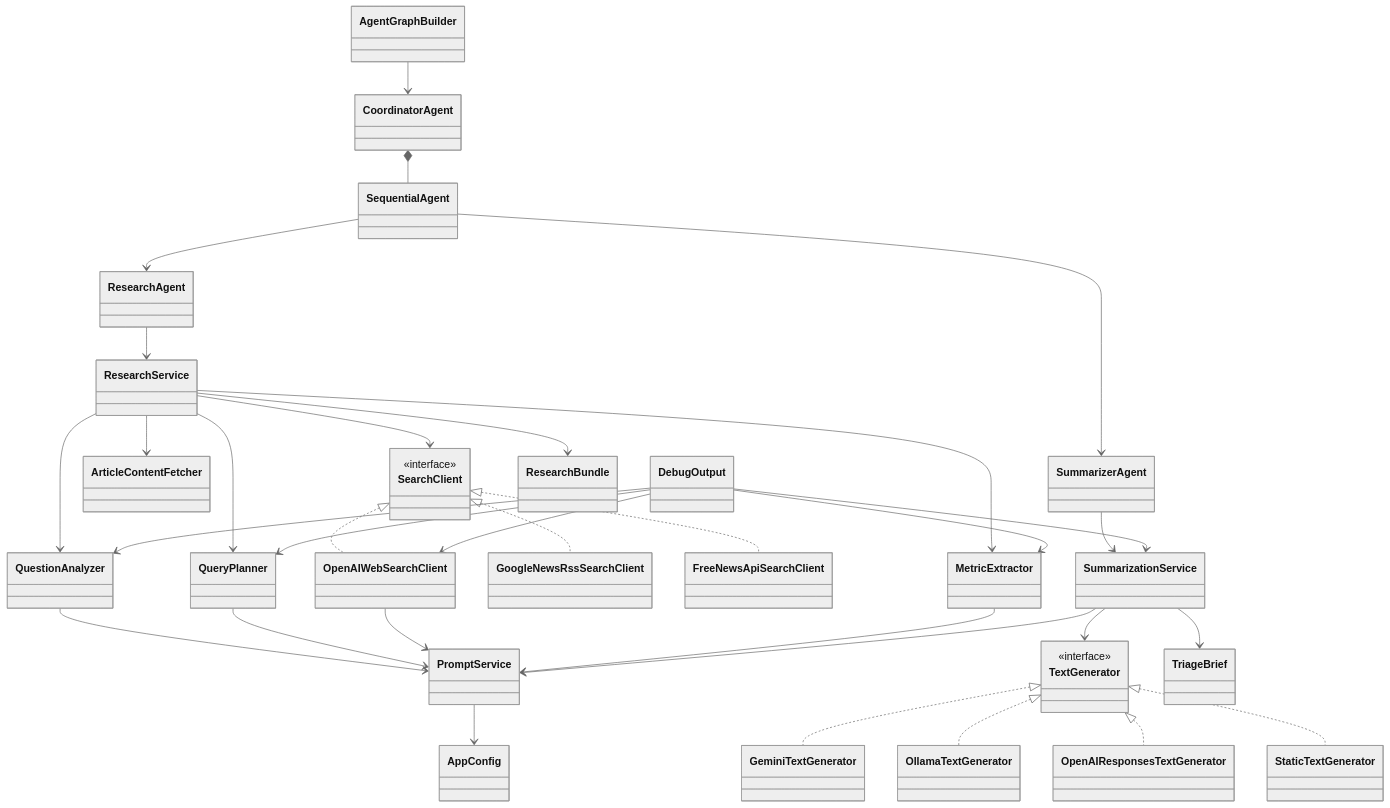
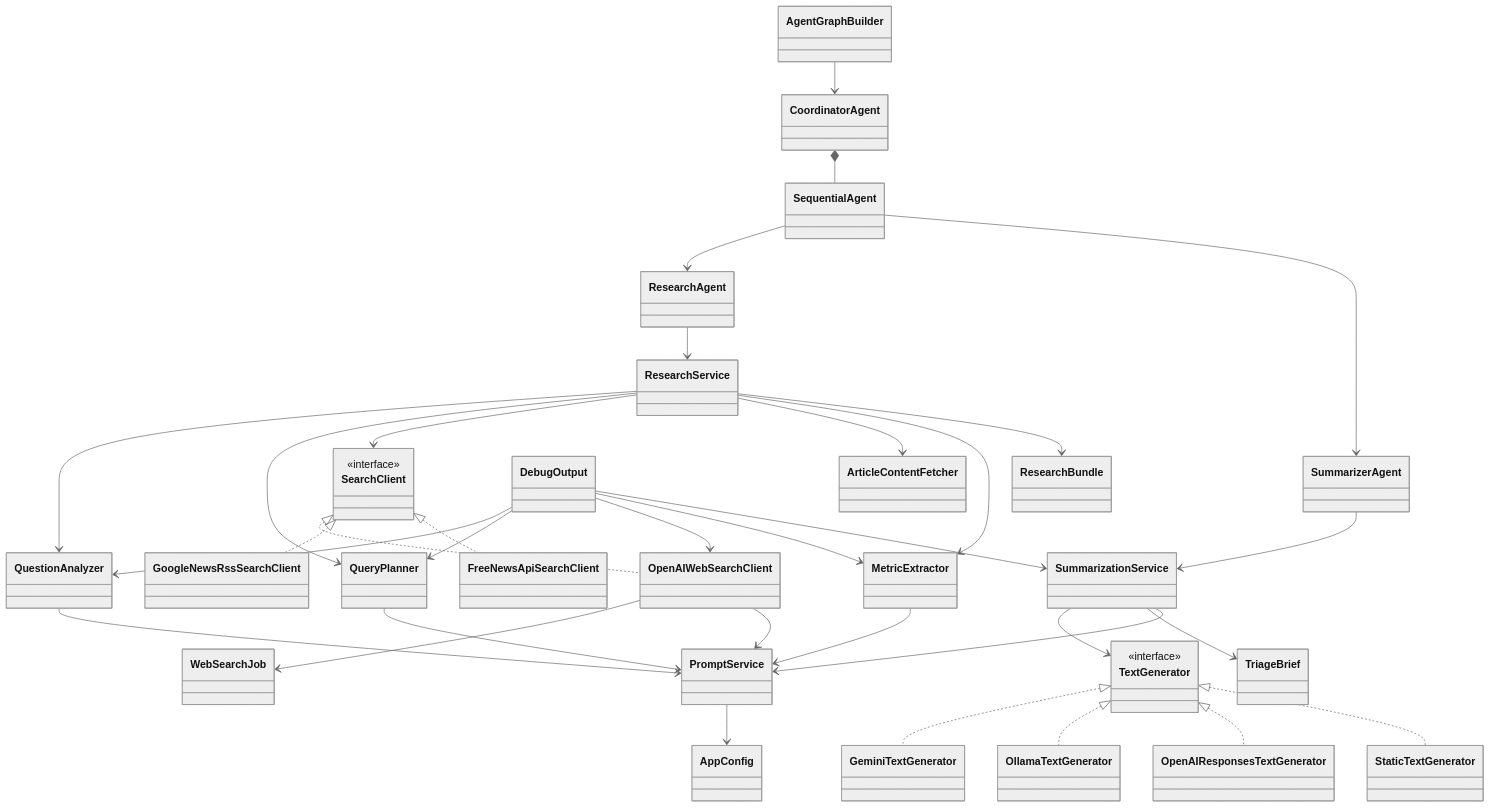
Before and after one commit to mouak-ayoub/news_agent: the third of 5 diagrams in docs/ARCHITECTURE.md, drawn with Mermaid (neutral theme). The commit also changed other lines of this file and 16 other files, not shown here.

````diff
--- a/docs/ARCHITECTURE.md
+++ b/docs/ARCHITECTURE.md
@@ -80,68 +82,70 @@
 ```mermaid
 classDiagram
     class AppConfig
     class AgentGraphBuilder
     class CoordinatorAgent
     class SequentialAgent
     class ResearchAgent
     class ResearchService
     class QuestionAnalyzer
     class QueryPlanner
     class SearchClient {
       <<interface>>
     }
     class OpenAIWebSearchClient
+    class WebSearchJob
     class GoogleNewsRssSearchClient
     class FreeNewsApiSearchClient
     class ArticleContentFetcher
     class MetricExtractor
     class SummarizerAgent
     class SummarizationService
     class TextGenerator {
       <<interface>>
     }
     class GeminiTextGenerator
     class OllamaTextGenerator
     class OpenAIResponsesTextGenerator
     class StaticTextGenerator
     class PromptService
     class DebugOutput
     class ResearchBundle
     class TriageBrief
 
     AgentGraphBuilder --> CoordinatorAgent
     CoordinatorAgent *-- SequentialAgent
     SequentialAgent --> ResearchAgent
     SequentialAgent --> SummarizerAgent
 
     ResearchAgent --> ResearchService
     ResearchService --> QuestionAnalyzer
     ResearchService --> QueryPlanner
     ResearchService --> SearchClient
     ResearchService --> ArticleContentFetcher
     ResearchService --> MetricExtractor
     SearchClient <|.. OpenAIWebSearchClient
+    OpenAIWebSearchClient --> WebSearchJob
     SearchClient <|.. GoogleNewsRssSearchClient
     SearchClient <|.. FreeNewsApiSearchClient
     ResearchService --> ResearchBundle
 
     SummarizerAgent --> SummarizationService
     SummarizationService --> TextGenerator
     TextGenerator <|.. GeminiTextGenerator
     TextGenerator <|.. OllamaTextGenerator
     TextGenerator <|.. OpenAIResponsesTextGenerator
     TextGenerator <|.. StaticTextGenerator
     SummarizationService --> TriageBrief
 
     QuestionAnalyzer --> PromptService
     QueryPlanner --> PromptService
     OpenAIWebSearchClient --> PromptService
     MetricExtractor --> PromptService
     SummarizationService --> PromptService
     PromptService --> AppConfig
     DebugOutput --> QuestionAnalyzer
     DebugOutput --> QueryPlanner
     DebugOutput --> OpenAIWebSearchClient
     DebugOutput --> MetricExtractor
     DebugOutput --> SummarizationService
 ```
````
